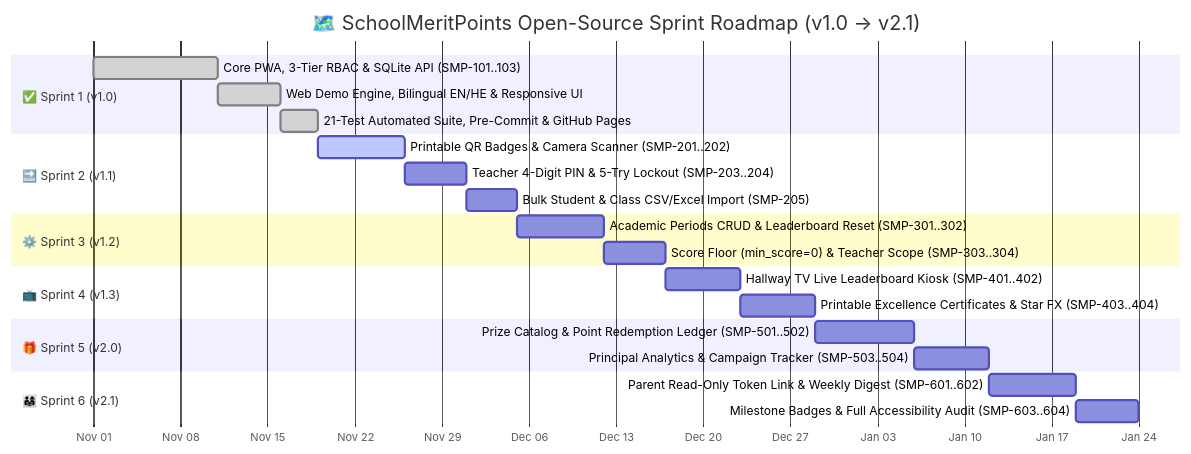
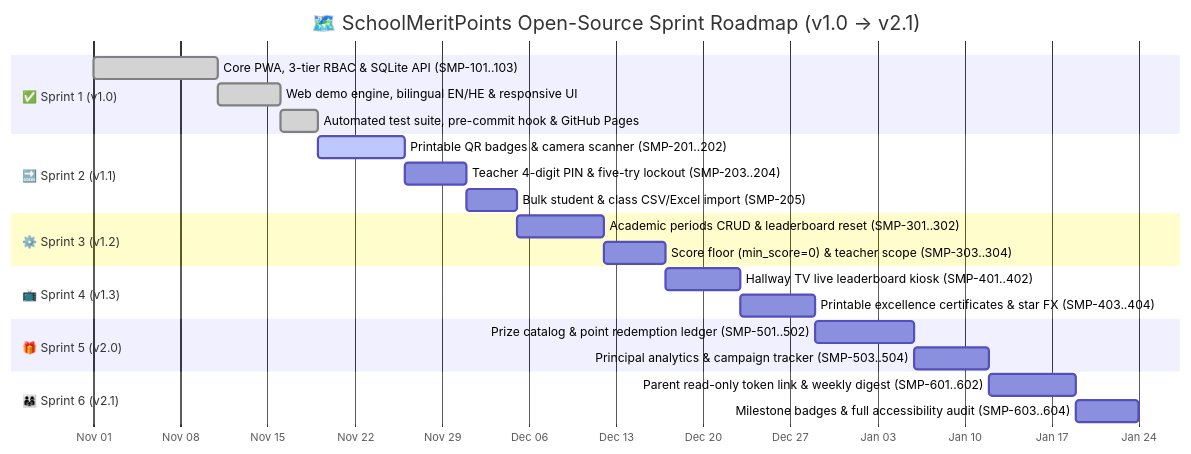
One commit to RajwanYair/SchoolMeritPoints changed the first of 2 diagrams in ROADMAP.md. Above: the diagram before and after it, drawn with Mermaid. The commit also changed other lines of this file and 4 other files, not shown here.

Commit message:
Release SchoolMeritPoints v1.0.0: Full PWA, Web Demo Engine, SVG/Mermaid docs & GitHub Pages

````diff
--- a/ROADMAP.md
+++ b/ROADMAP.md
@@ -37,32 +37,32 @@
 ```mermaid
 gantt
     title 🗺️ SchoolMeritPoints Open-Source Sprint Roadmap (v1.0 → v2.1)
     dateFormat  YYYY-MM-DD
     axisFormat  %b %d
 
     section ✅ Sprint 1 (v1.0)
-    Core PWA, 3-Tier RBAC & SQLite API (SMP-101..103)     :done, s1a, 2026-11-01, 10d
-    Web Demo Engine, Bilingual EN/HE & Responsive UI      :done, s1b, 2026-11-11, 5d
-    21-Test Automated Suite, Pre-Commit & GitHub Pages    :done, s1c, 2026-11-16, 3d
+    Core PWA, 3-tier RBAC & SQLite API (SMP-101..103)     :done, s1a, 2026-11-01, 10d
+    Web demo engine, bilingual EN/HE & responsive UI      :done, s1b, 2026-11-11, 5d
+    Automated test suite, pre-commit hook & GitHub Pages  :done, s1c, 2026-11-16, 3d
 
     section 🔜 Sprint 2 (v1.1)
-    Printable QR Badges & Camera Scanner (SMP-201..202)   :active, s2a, 2026-11-19, 7d
-    Teacher 4-Digit PIN & 5-Try Lockout (SMP-203..204)    :s2b, after s2a, 5d
-    Bulk Student & Class CSV/Excel Import (SMP-205)       :s2c, after s2b, 4d
+    Printable QR badges & camera scanner (SMP-201..202)   :active, s2a, 2026-11-19, 7d
+    Teacher 4-digit PIN & five-try lockout (SMP-203..204) :s2b, after s2a, 5d
+    Bulk student & class CSV/Excel import (SMP-205)       :s2c, after s2b, 4d
 
     section ⚙️ Sprint 3 (v1.2)
-    Academic Periods CRUD & Leaderboard Reset (SMP-301..302) :s3a, after s2c, 7d
-    Score Floor (min_score=0) & Teacher Scope (SMP-303..304) :s3b, after s3a, 5d
+    Academic periods CRUD & leaderboard reset (SMP-301..302) :s3a, after s2c, 7d
+    Score floor (min_score=0) & teacher scope (SMP-303..304) :s3b, after s3a, 5d
 
     section 📺 Sprint 4 (v1.3)
-    Hallway TV Live Leaderboard Kiosk (SMP-401..402)      :s4a, after s3b, 6d
-    Printable Excellence Certificates & Star FX (SMP-403..404):s4b, after s4a, 6d
+    Hallway TV live leaderboard kiosk (SMP-401..402)      :s4a, after s3b, 6d
+    Printable excellence certificates & star FX (SMP-403..404):s4b, after s4a, 6d
 
     section 🎁 Sprint 5 (v2.0)
-    Prize Catalog & Point Redemption Ledger (SMP-501..502):s5a, after s4b, 8d
-    Principal Analytics & Campaign Tracker (SMP-503..504) :s5b, after s5a, 6d
+    Prize catalog & point redemption ledger (SMP-501..502):s5a, after s4b, 8d
+    Principal analytics & campaign tracker (SMP-503..504) :s5b, after s5a, 6d
 
     section 👨‍👩‍👧 Sprint 6 (v2.1)
-    Parent Read-Only Token Link & Weekly Digest (SMP-601..602):s6a, after s5b, 7d
-    Milestone Badges & Full Accessibility Audit (SMP-603..604):s6b, after s6a, 5d
+    Parent read-only token link & weekly digest (SMP-601..602):s6a, after s5b, 7d
+    Milestone badges & full accessibility audit (SMP-603..604):s6b, after s6a, 5d
 ```
````
